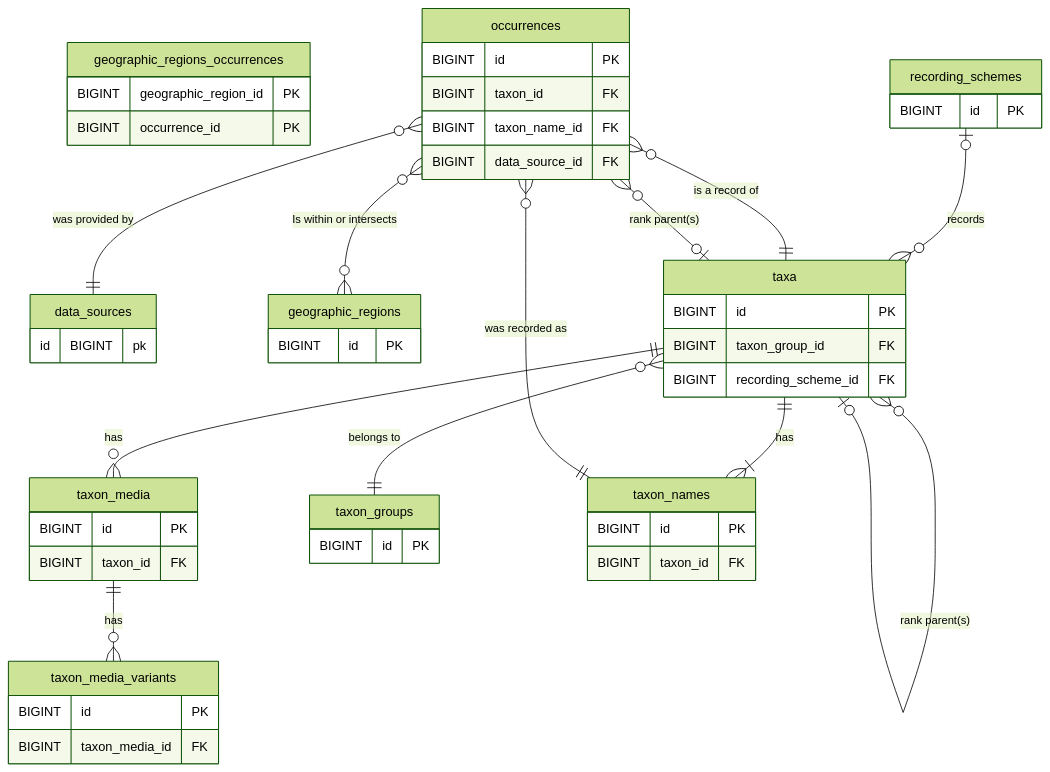
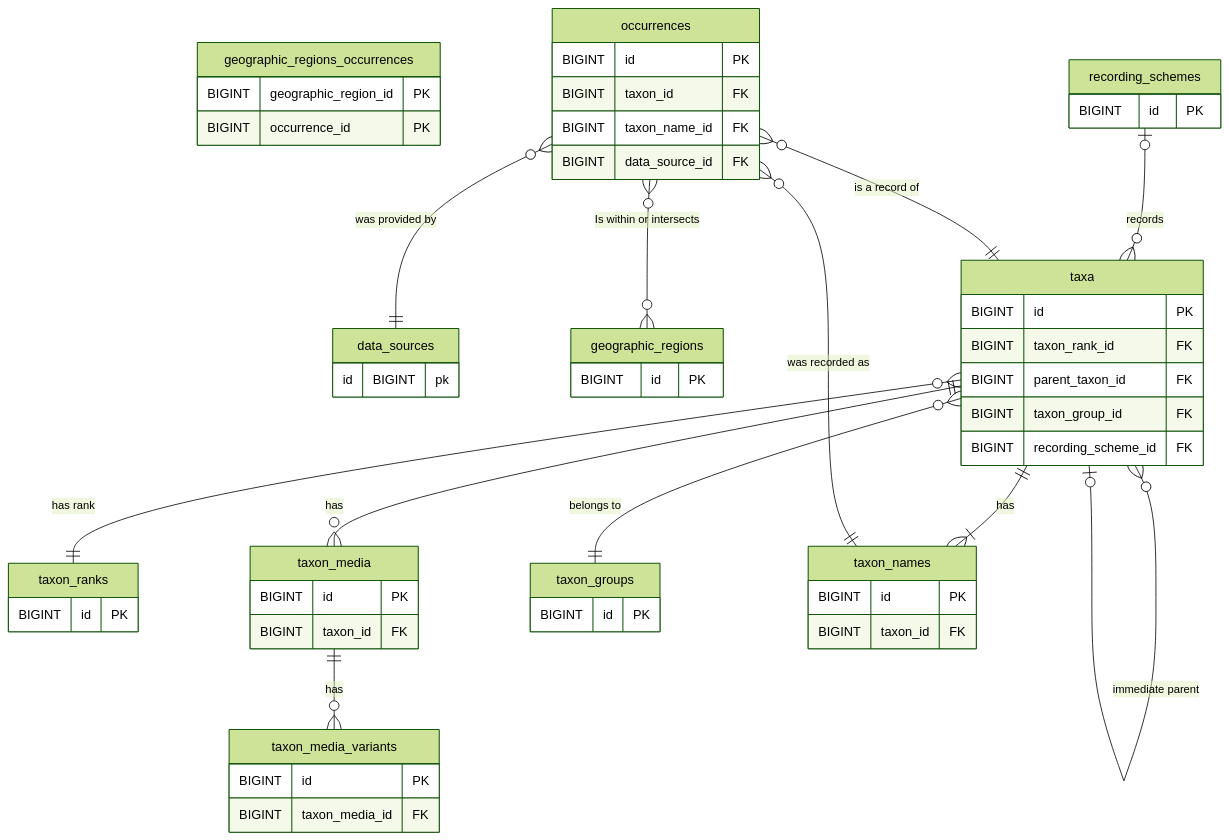
One commit to National-Museums-Liverpool/tanhub changed the diagram in docs/database.md. Above: the diagram before and after it, drawn with Mermaid (forest theme). The commit also changed other lines of this file and 5 other files, not shown here.

````diff
--- a/docs/database.md
+++ b/docs/database.md
@@ -16,64 +16,70 @@
 ```mermaid
 erDiagram
   data_sources {
     id BIGINT pk
   }
 
   geographic_regions {
     BIGINT id PK
   }
 
   geographic_regions_occurrences {
     BIGINT geographic_region_id PK
     BIGINT occurrence_id PK
   }
 
   occurrences {
     BIGINT id PK
     BIGINT taxon_id FK
     BIGINT taxon_name_id FK
     BIGINT data_source_id FK
   }
 
   recording_schemes {
     BIGINT id PK
   }
 
   taxa {
     BIGINT id PK
+    BIGINT taxon_rank_id FK
+    BIGINT parent_taxon_id FK
     BIGINT taxon_group_id FK
     BIGINT recording_scheme_id FK
+  }
+
+  taxon_ranks {
+    BIGINT id PK
   }
 
   taxon_media {
     BIGINT id PK
     BIGINT taxon_id FK
   }
 
   taxon_media_variants {
     BIGINT id PK
     BIGINT taxon_media_id FK
   }
 
   taxon_groups {
     BIGINT id PK
   }
 
   taxon_names {
     BIGINT id PK
     BIGINT taxon_id FK
   }
 
   recording_schemes |o--o{ taxa: records
   taxa ||--|{ taxon_names: has
   taxa ||--o{ taxon_media: has
   taxon_media ||--o{ taxon_media_variants: has
-  taxa }o--o| taxa: "rank parent(s)"
+  taxa }o--o| taxa: "immediate parent"
+  taxa }o--|| taxon_ranks: "has rank"
   taxa }o--|| taxon_groups: "belongs to"
   occurrences }o--|| data_sources: "was provided by"
   occurrences }o--o{ geographic_regions: "Is within or intersects"
   occurrences }o--|| taxa: "is a record of"
-  occurrences }o--o| taxa: "rank parent(s)"
   occurrences }o--|| taxon_names: "was recorded as"
 
 ```
````
